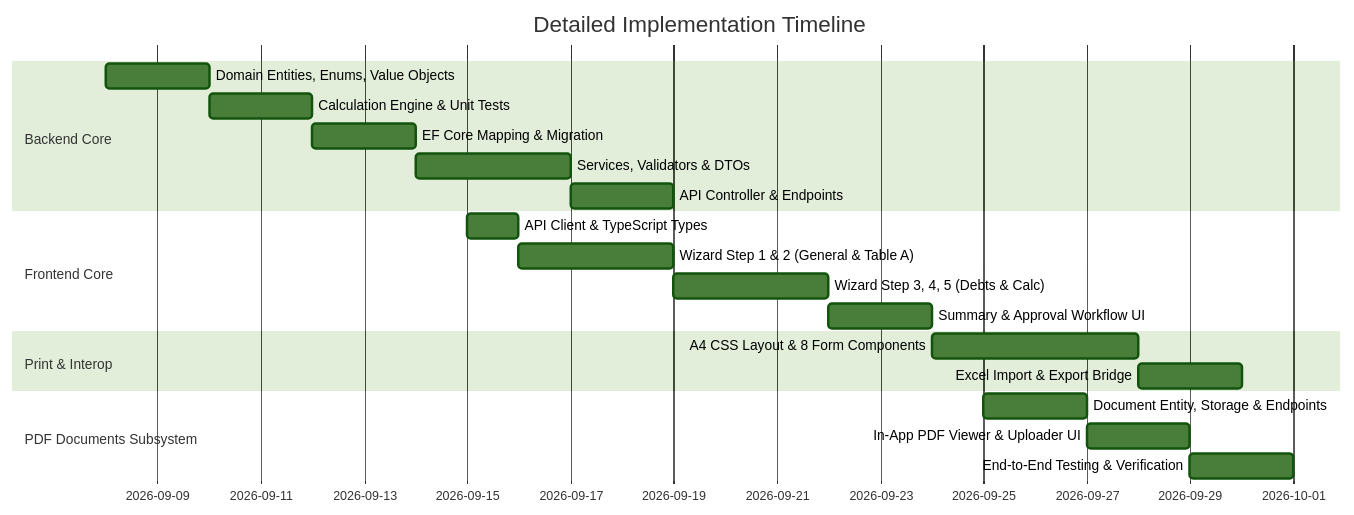
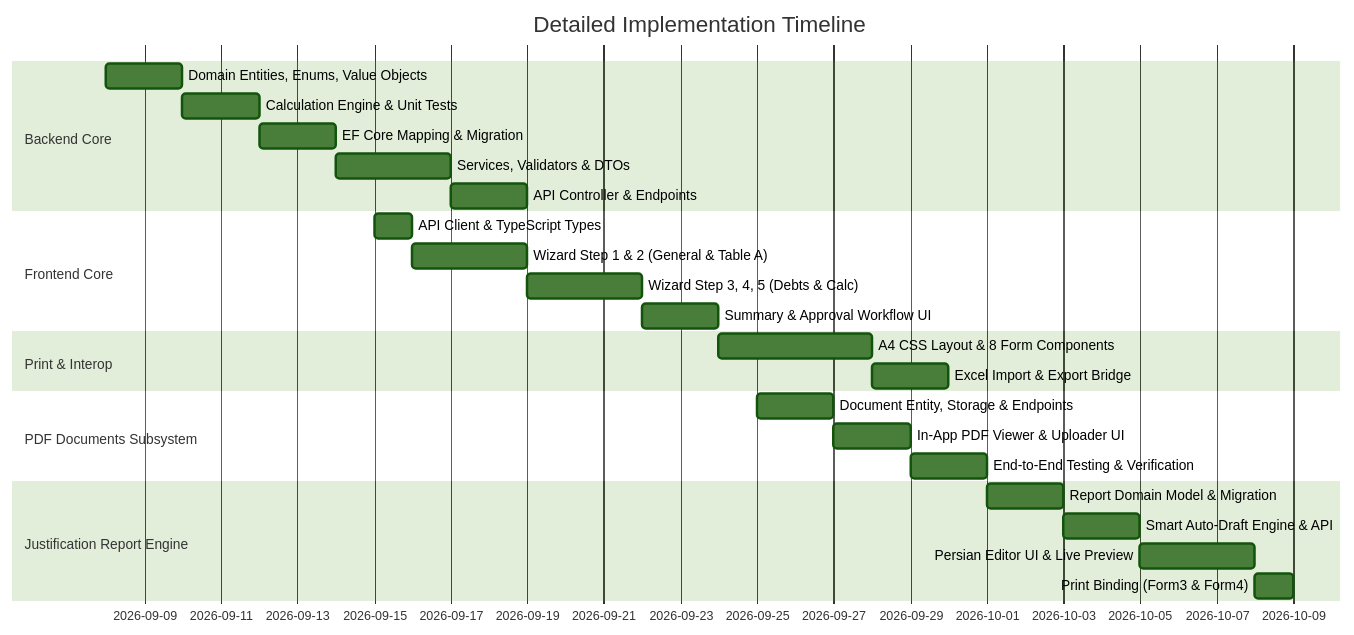
Before and after one commit to alirezakavianifar/tax_summary_employee_app: the second of 2 diagrams in raodmap_payback.md, drawn with Mermaid (forest theme). The commit also changed other lines of this file and 22 other files, not shown here.

Commit message:
fix: replace window.confirm with in-app confirmation for justification report finalization; add Guid.Empty fallback in FinalizeJustificationReportAsync to prevent domain validation exception in dev/local mode

````diff
--- a/raodmap_payback.md
+++ b/raodmap_payback.md
@@ -745,23 +918,28 @@
 ```mermaid
 gantt
     title Detailed Implementation Timeline
     dateFormat  YYYY-MM-DD
     section Backend Core
     Domain Entities, Enums, Value Objects :b_dom, 2026-09-08, 2d
     Calculation Engine & Unit Tests      :b_calc, after b_dom, 2d
     EF Core Mapping & Migration         :b_ef, after b_calc, 2d
     Services, Validators & DTOs         :b_srv, after b_ef, 3d
     API Controller & Endpoints          :b_api, after b_srv, 2d
     section Frontend Core
     API Client & TypeScript Types       :f_typ, 2026-09-15, 1d
     Wizard Step 1 & 2 (General & Table A):f_w1, after f_typ, 3d
     Wizard Step 3, 4, 5 (Debts & Calc)  :f_w2, after f_w1, 3d
     Summary & Approval Workflow UI      :f_app, after f_w2, 2d
     section Print & Interop
     A4 CSS Layout & 8 Form Components   :p_frm, after f_app, 4d
     Excel Import & Export Bridge        :p_xls, after p_frm, 2d
     section PDF Documents Subsystem
     Document Entity, Storage & Endpoints:p_pdf_be, 2026-09-25, 2d
     In-App PDF Viewer & Uploader UI     :p_pdf_fe, after p_pdf_be, 2d
     End-to-End Testing & Verification   :p_e2e, after p_pdf_fe, 2d
+    section Justification Report Engine
+    Report Domain Model & Migration     :p_jr_be, 2026-10-01, 2d
+    Smart Auto-Draft Engine & API       :p_jr_api, after p_jr_be, 2d
+    Persian Editor UI & Live Preview    :p_jr_fe, after p_jr_api, 3d
+    Print Binding (Form3 & Form4)       :p_jr_pr, after p_jr_fe, 1d
 ```
````
